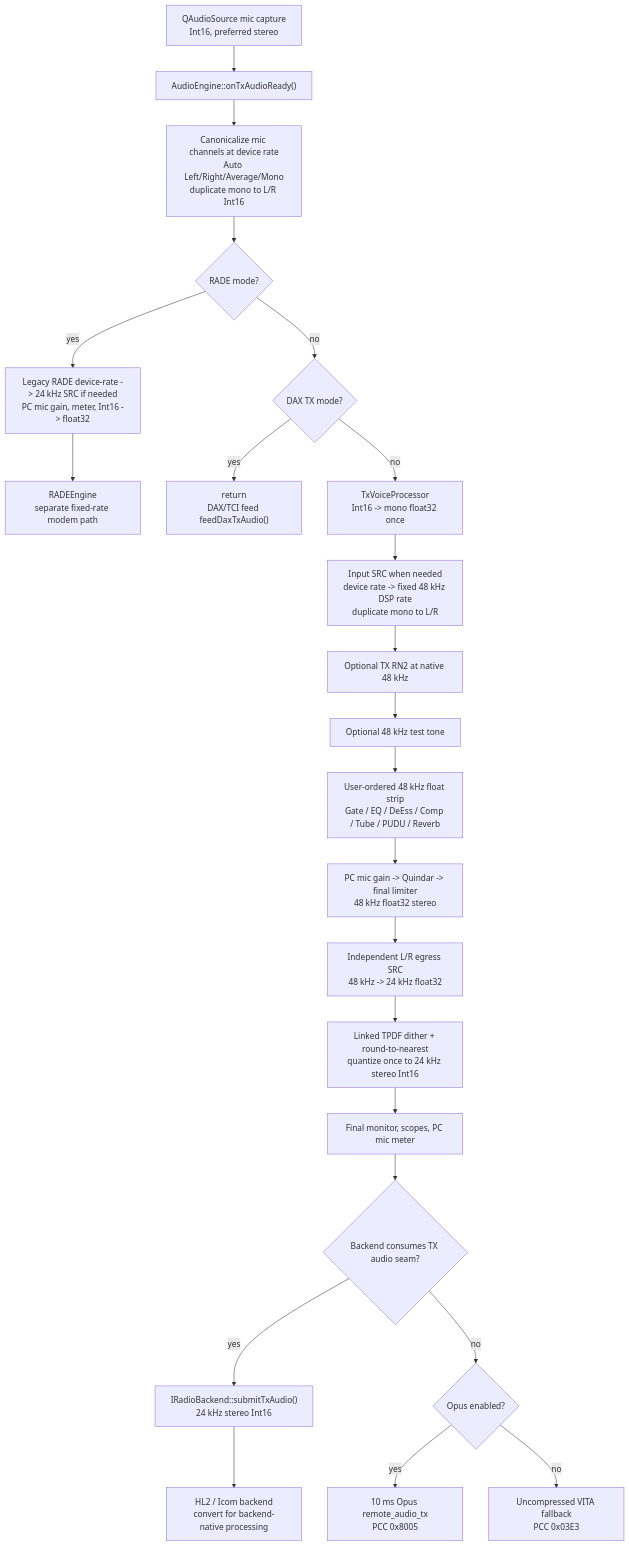
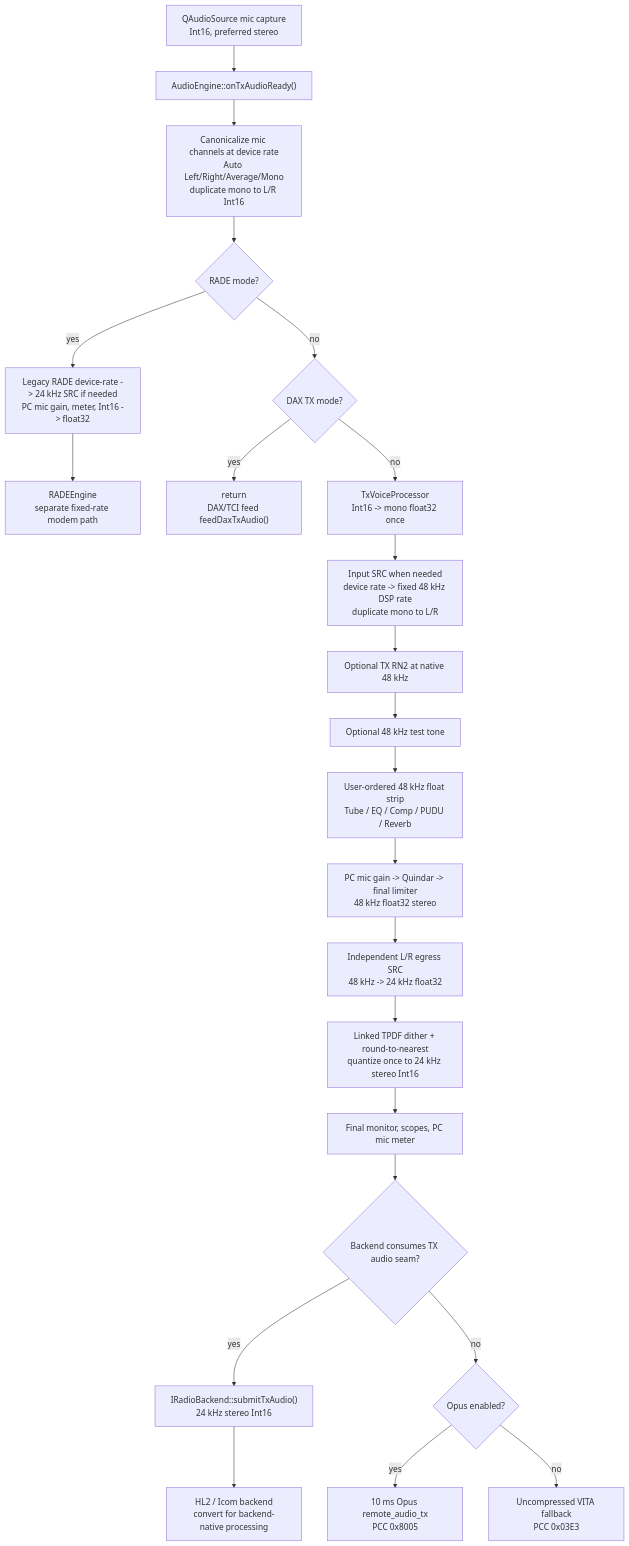
Before and after one commit to aethersdr/AetherSDR: the second of 4 diagrams in docs/architecture/audio-pipeline.md, drawn with Mermaid. The commit also changed other lines of this file and 55 other files, not shown here.

First line of the commit message:
feat(aethertx): retire the TX gate and de-esser; RN2 moves to the Tube page and Tube leads the chain. Principle XIII. (#7348)

````diff
--- a/docs/architecture/audio-pipeline.md
+++ b/docs/architecture/audio-pipeline.md
@@ -362,25 +362,25 @@
 ```mermaid
 flowchart TD
     A["QAudioSource mic capture<br/>Int16, preferred stereo"] --> B["AudioEngine::onTxAudioReady()"]
     B --> C["Canonicalize mic channels at device rate<br/>Auto Left/Right/Average/Mono<br/>duplicate mono to L/R Int16"]
     C --> D{"RADE mode?"}
     D -->|yes| E["Legacy RADE device-rate -> 24 kHz SRC if needed<br/>PC mic gain, meter, Int16 -> float32"]
     E --> F["RADEEngine<br/>separate fixed-rate modem path"]
     D -->|no| G{"DAX TX mode?"}
     G -->|yes| H["return<br/>DAX/TCI feed feedDaxTxAudio()"]
     G -->|no| I["TxVoiceProcessor<br/>Int16 -> mono float32 once"]
     I --> J["Input SRC when needed<br/>device rate -> fixed 48 kHz DSP rate<br/>duplicate mono to L/R"]
     J --> K["Optional TX RN2 at native 48 kHz"]
     K --> L["Optional 48 kHz test tone"]
-    L --> M["User-ordered 48 kHz float strip<br/>Gate / EQ / DeEss / Comp / Tube / PUDU / Reverb"]
+    L --> M["User-ordered 48 kHz float strip<br/>Tube / EQ / Comp / PUDU / Reverb"]
     M --> N["PC mic gain -> Quindar -> final limiter<br/>48 kHz float32 stereo"]
     N --> O["Independent L/R egress SRC<br/>48 kHz -> 24 kHz float32"]
     O --> P["Linked TPDF dither + round-to-nearest<br/>quantize once to 24 kHz stereo Int16"]
     P --> Q["Final monitor, scopes, PC mic meter"]
     Q --> R{"Backend consumes TX audio seam?"}
     R -->|yes| U["IRadioBackend::submitTxAudio()<br/>24 kHz stereo Int16"]
     U --> V["HL2 / Icom backend<br/>convert for backend-native processing"]
     R -->|no| S{"Opus enabled?"}
     S -->|yes| T["10 ms Opus remote_audio_tx<br/>PCC 0x8005"]
     S -->|no| W["Uncompressed VITA fallback<br/>PCC 0x03E3"]
 ```
````
